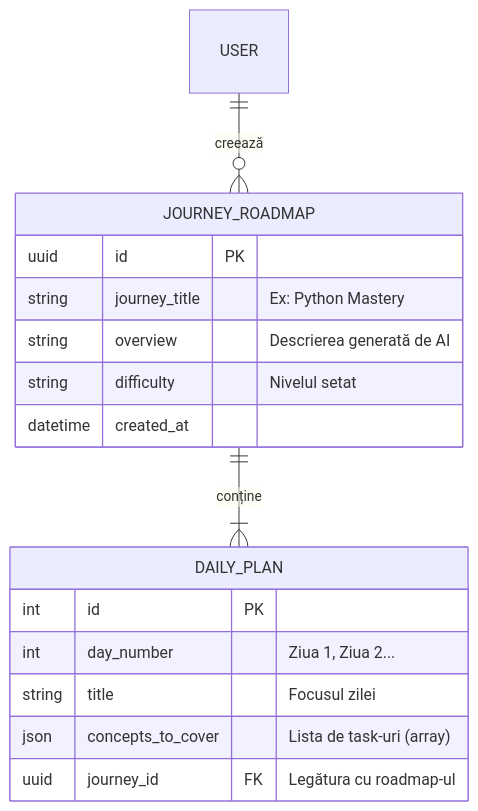
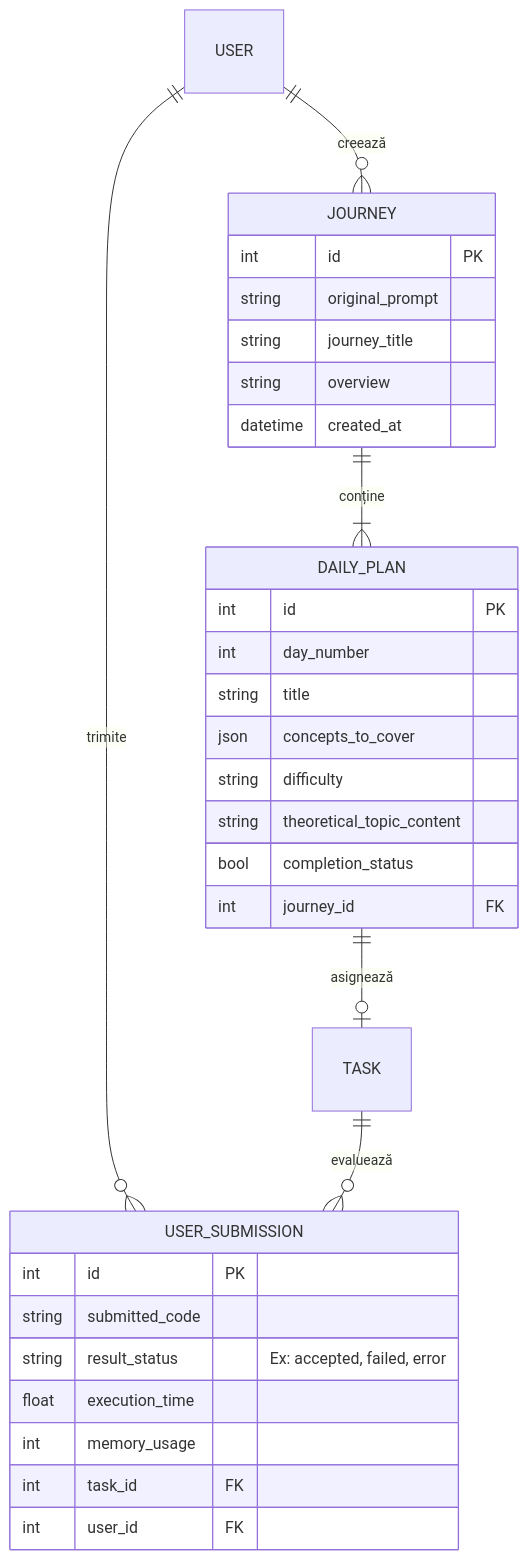
Before and after one commit to SweetCitrusFlower/Larry: the third of 3 diagrams in README.md, drawn with Mermaid. The commit also changed other lines of this file, not shown here.

Commit message:
docs: update README to reflect v1.1.0 architecture and new features

````diff
--- a/README.md
+++ b/README.md
@@ -68,21 +72,37 @@
 ```mermaid
 erDiagram
-    USER ||--o{ JOURNEY_ROADMAP : "creează"
-    JOURNEY_ROADMAP ||--|{ DAILY_PLAN : "conține"
+    USER ||--o{ JOURNEY : "creează"
+    JOURNEY ||--|{ DAILY_PLAN : "conține"
+    DAILY_PLAN ||--o| TASK : "asignează"
+    USER ||--o{ USER_SUBMISSION : "trimite"
+    TASK ||--o{ USER_SUBMISSION : "evaluează"
 
-    JOURNEY_ROADMAP {
-        uuid id PK
-        string journey_title "Ex: Python Mastery"
-        string overview "Descrierea generată de AI"
-        string difficulty "Nivelul setat"
+    JOURNEY {
+        int id PK
+        string original_prompt
+        string journey_title
+        string overview
         datetime created_at
     }
 
     DAILY_PLAN {
         int id PK
-        int day_number "Ziua 1, Ziua 2..."
-        string title "Focusul zilei"
-        json concepts_to_cover "Lista de task-uri (array)"
-        uuid journey_id FK "Legătura cu roadmap-ul"
+        int day_number
+        string title
+        json concepts_to_cover
+        string difficulty
+        string theoretical_topic_content
+        bool completion_status
+        int journey_id FK
+    }
+
+    USER_SUBMISSION {
+        int id PK
+        string submitted_code
+        string result_status "Ex: accepted, failed, error"
+        float execution_time
+        int memory_usage
+        int task_id FK
+        int user_id FK
     }
 ```
````
